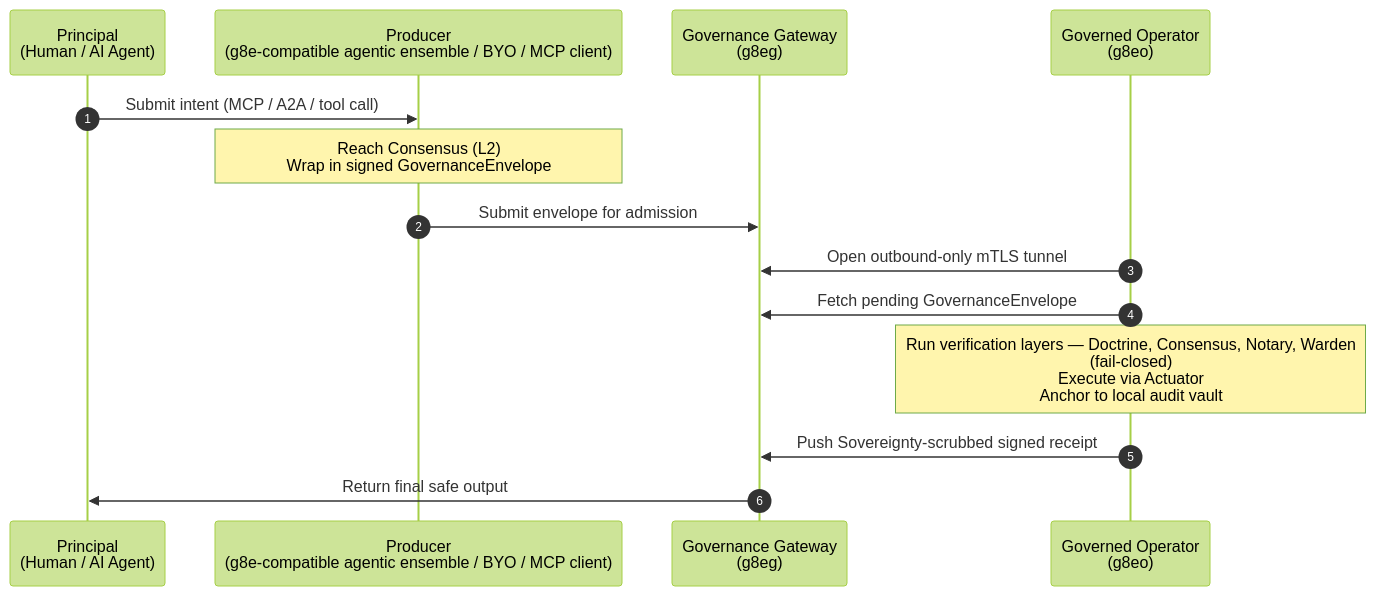
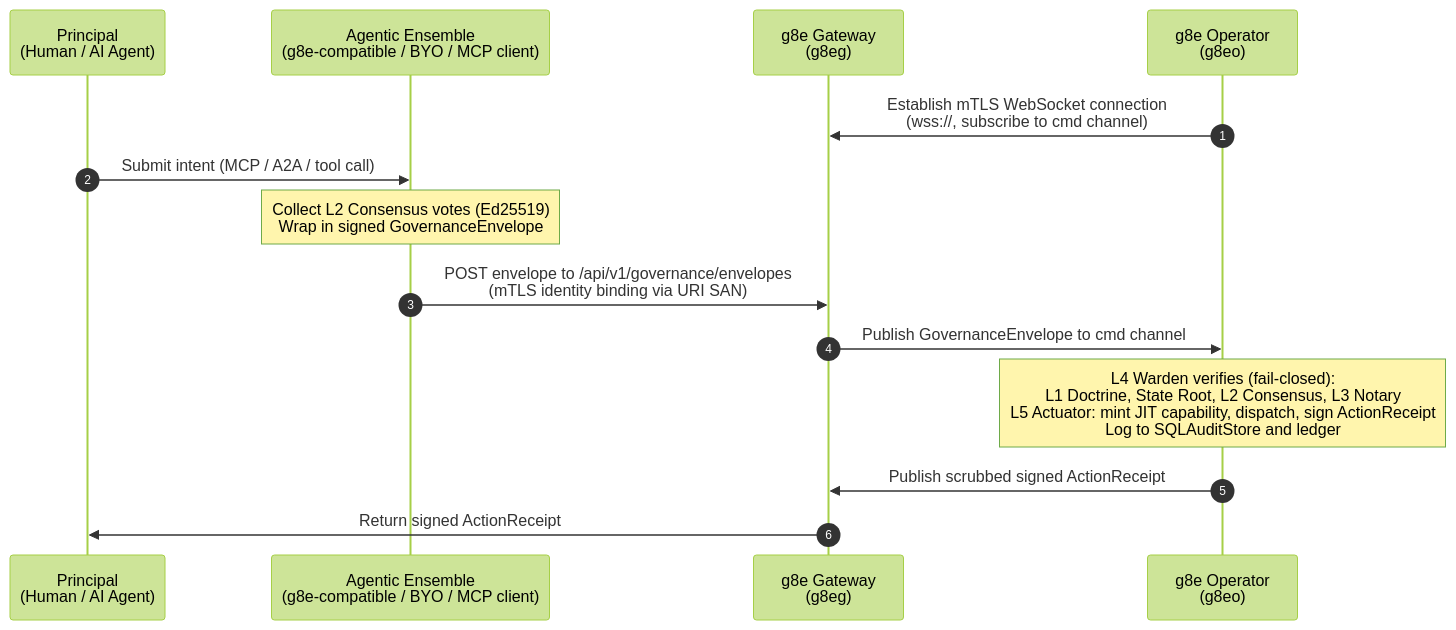
The diagram in docs/diagrams/sequence-principal-ensemble-gateway-operator-v3.md (g8e-ai/g8e), drawn with Mermaid (forest theme) before and after one commit. The commit also changed other lines of this file and 225 other files, not shown here.

````diff
--- a/docs/diagrams/sequence-principal-ensemble-gateway-operator-v3.md
+++ b/docs/diagrams/sequence-principal-ensemble-gateway-operator-v3.md
@@ -5,20 +5,21 @@
 ```mermaid
 sequenceDiagram
     autonumber
     participant Principal as Principal<br/>(Human / AI Agent)
-    participant Ensemble as Producer<br/>(g8e-compatible agentic ensemble / BYO / MCP client)
-    participant Gateway as Governance Gateway<br/>(g8eg)
-    participant Operator as Governed Operator<br/>(g8eo)
+    participant Ensemble as Agentic Ensemble<br/>(g8e-compatible / BYO / MCP client)
+    participant Gateway as g8e Gateway<br/>(g8eg)
+    participant Operator as g8e Operator<br/>(g8eo)
+
+    Operator->>Gateway: Establish mTLS WebSocket connection<br/>(wss://, subscribe to cmd channel)
 
     Principal->>Ensemble: Submit intent (MCP / A2A / tool call)
-    Note over Ensemble: Reach Consensus (L2)<br/>Wrap in signed GovernanceEnvelope
-    Ensemble->>Gateway: Submit envelope for admission
+    Note over Ensemble: Collect L2 Consensus votes (Ed25519)<br/>Wrap in signed GovernanceEnvelope
+    Ensemble->>Gateway: POST envelope to /api/v1/governance/envelopes<br/>(mTLS identity binding via URI SAN)
 
-    Operator->>Gateway: Open outbound-only mTLS tunnel
-    Operator->>Gateway: Fetch pending GovernanceEnvelope
+    Gateway->>Operator: Publish GovernanceEnvelope to cmd channel
 
-    Note over Operator: Run verification layers — Doctrine, Consensus, Notary, Warden<br/>(fail-closed)<br/>Execute via Actuator<br/>Anchor to local audit vault
+    Note over Operator: L4 Warden verifies (fail-closed):<br/>L1 Doctrine, State Root, L2 Consensus, L3 Notary<br/>L5 Actuator: mint JIT capability, dispatch, sign ActionReceipt<br/>Log to SQLAuditStore and ledger
 
-    Operator->>Gateway: Push Sovereignty-scrubbed signed receipt
-    Gateway->>Principal: Return final safe output
+    Operator->>Gateway: Publish scrubbed signed ActionReceipt
+    Gateway->>Principal: Return signed ActionReceipt
 ```
````
